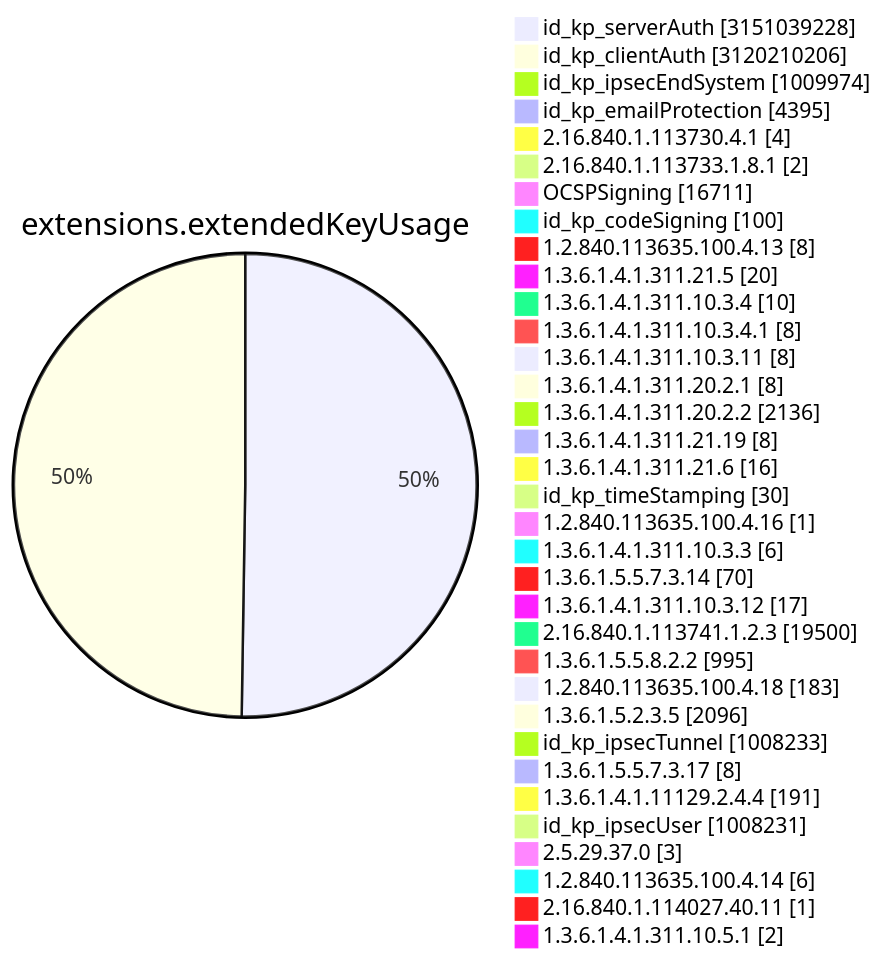
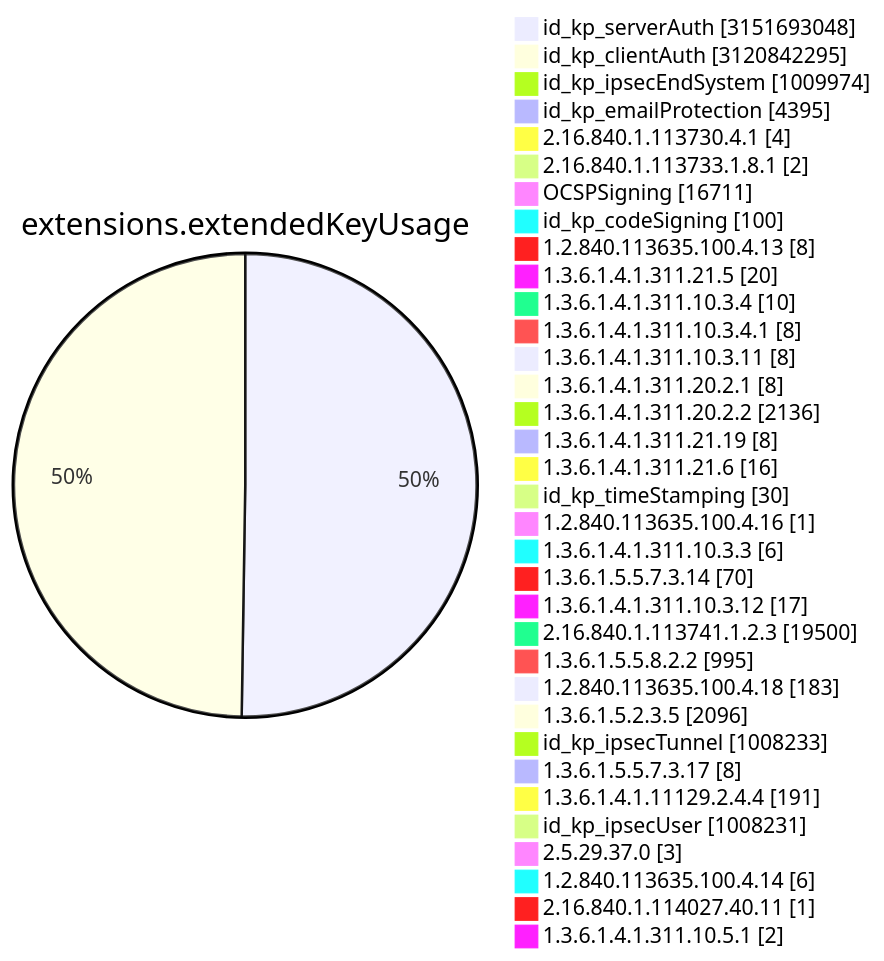
Diagram 11 of 15 in TOTAL/README.md (christiankrug/ctmonitor_visualization), drawn with Mermaid before and after one commit. The commit also changed other lines of this file, not shown here.

````diff
--- a/TOTAL/README.md
+++ b/TOTAL/README.md
@@ -4119,38 +4119,38 @@
 ```mermaid
 pie showData
 title extensions.extendedKeyUsage
-"id_kp_serverAuth" :3151039228
-"id_kp_clientAuth" :3120210206
+"id_kp_serverAuth" :3151693048
+"id_kp_clientAuth" :3120842295
 "id_kp_ipsecEndSystem" :1009974
 "id_kp_emailProtection" :4395
 "2.16.840.1.113730.4.1" :4
 "2.16.840.1.113733.1.8.1" :2
 "OCSPSigning" :16711
 "id_kp_codeSigning" :100
 "1.2.840.113635.100.4.13" :8
 "1.3.6.1.4.1.311.21.5" :20
 "1.3.6.1.4.1.311.10.3.4" :10
 "1.3.6.1.4.1.311.10.3.4.1" :8
 "1.3.6.1.4.1.311.10.3.11" :8
 "1.3.6.1.4.1.311.20.2.1" :8
 "1.3.6.1.4.1.311.20.2.2" :2136
 "1.3.6.1.4.1.311.21.19" :8
 "1.3.6.1.4.1.311.21.6" :16
 "id_kp_timeStamping" :30
 "1.2.840.113635.100.4.16" :1
 "1.3.6.1.4.1.311.10.3.3" :6
 "1.3.6.1.5.5.7.3.14" :70
 "1.3.6.1.4.1.311.10.3.12" :17
 "2.16.840.1.113741.1.2.3" :19500
 "1.3.6.1.5.5.8.2.2" :995
 "1.2.840.113635.100.4.18" :183
 "1.3.6.1.5.2.3.5" :2096
 "id_kp_ipsecTunnel" :1008233
 "1.3.6.1.5.5.7.3.17" :8
 "1.3.6.1.4.1.11129.2.4.4" :191
 "id_kp_ipsecUser" :1008231
 "2.5.29.37.0" :3
 "1.2.840.113635.100.4.14" :6
 "2.16.840.1.114027.40.11" :1
 "1.3.6.1.4.1.311.10.5.1" :2
 ```
````
